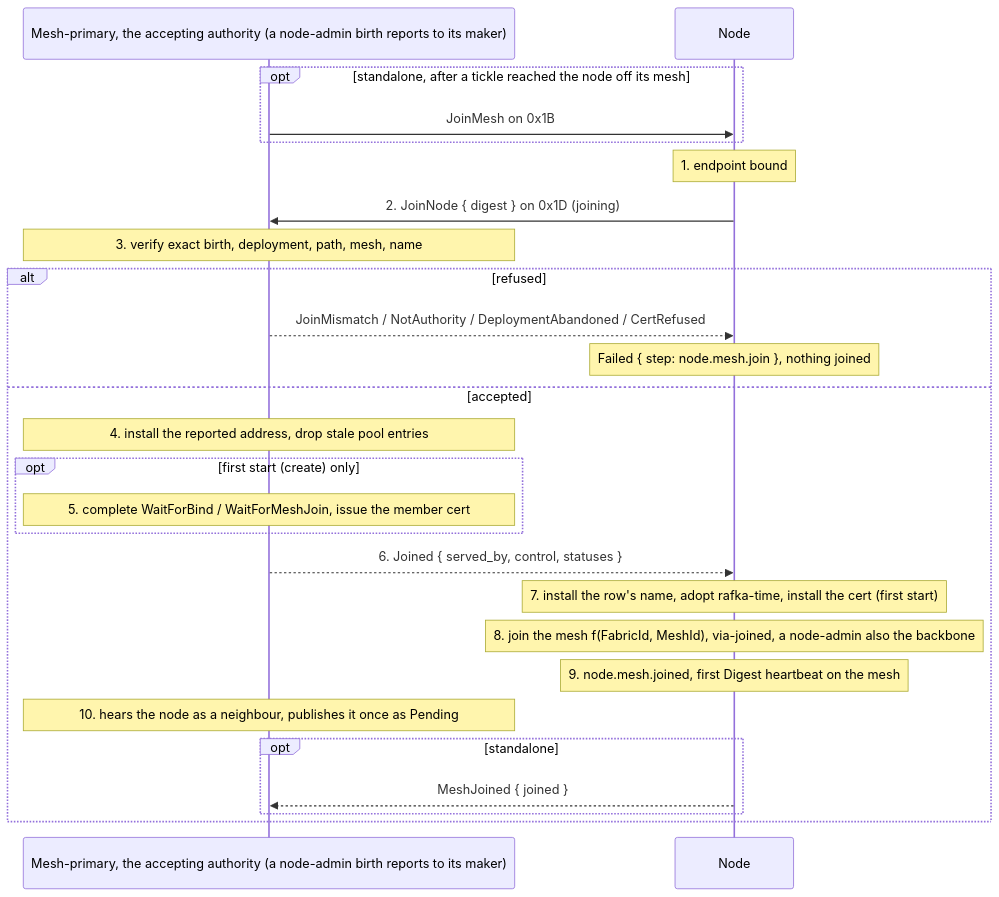
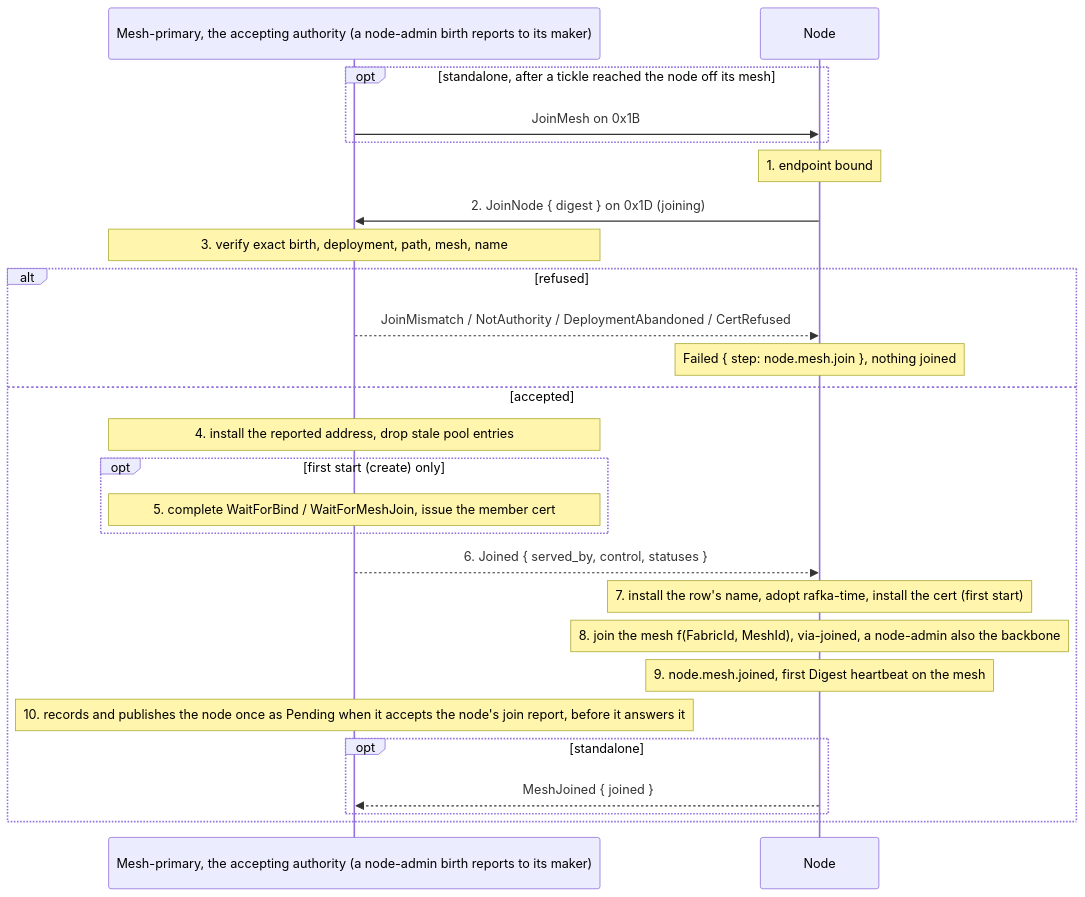
Before and after one commit to drlukeangel/rust-distributed-mesh: the diagram in docs/architecture/lifecycles/node-mesh-join.md, drawn with Mermaid. The commit also changed other lines of this file and 11 other files, not shown here.

````diff
--- a/docs/architecture/lifecycles/node-mesh-join.md
+++ b/docs/architecture/lifecycles/node-mesh-join.md
@@ -228,28 +230,28 @@
 ```mermaid
 sequenceDiagram
     participant M as Mesh-primary, the accepting authority (a node-admin birth reports to its maker)
     participant N as Node
     opt standalone, after a tickle reached the node off its mesh
         M->>N: JoinMesh on 0x1B
     end
     Note over N: 1. endpoint bound
     N->>M: 2. JoinNode { digest } on 0x1D (joining)
     Note over M: 3. verify exact birth, deployment, path, mesh, name
     alt refused
         M-->>N: JoinMismatch / NotAuthority / DeploymentAbandoned / CertRefused
         Note over N: Failed { step: node.mesh.join }, nothing joined
     else accepted
         Note over M: 4. install the reported address, drop stale pool entries
         opt first start (create) only
             Note over M: 5. complete WaitForBind / WaitForMeshJoin, issue the member cert
         end
         M-->>N: 6. Joined { served_by, control, statuses }
         Note over N: 7. install the row's name, adopt rafka-time, install the cert (first start)
         Note over N: 8. join the mesh f(FabricId, MeshId), via-joined, a node-admin also the backbone
         Note over N: 9. node.mesh.joined, first Digest heartbeat on the mesh
-        Note over M: 10. hears the node as a neighbour, publishes it once as Pending
+        Note over M: 10. records and publishes the node once as Pending when it accepts the node's join report, before it answers it
         opt standalone
             N-->>M: MeshJoined { joined }
         end
     end
 ```
````
